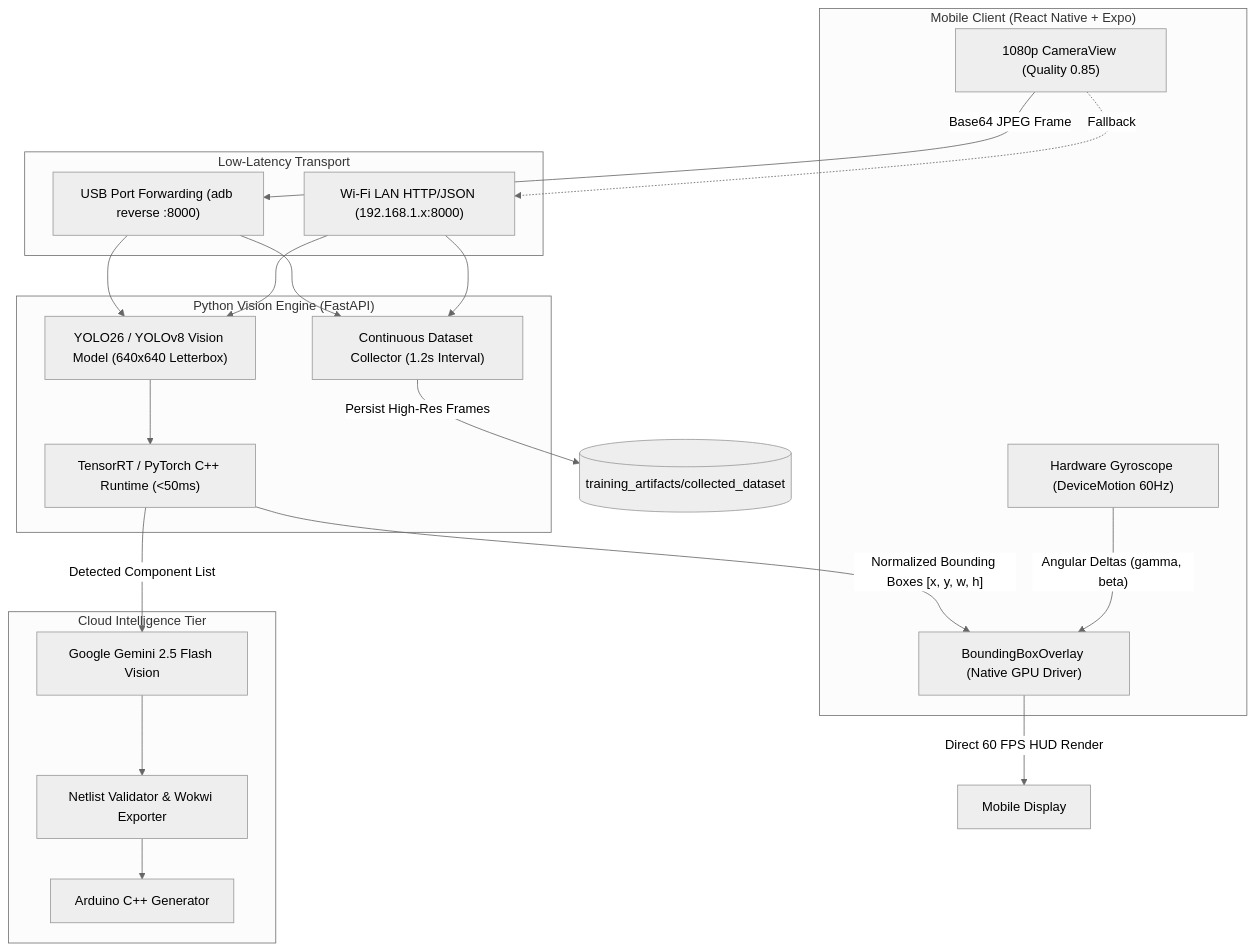
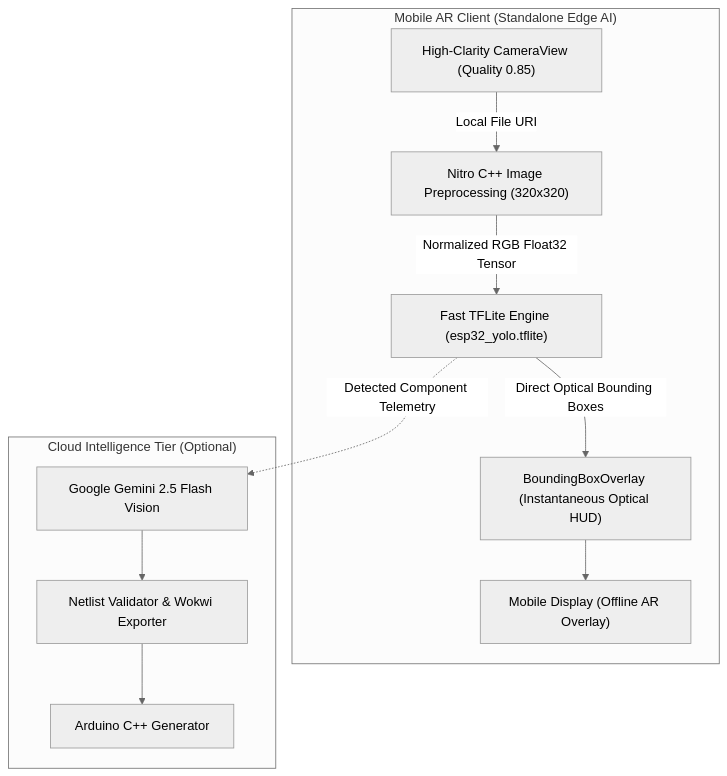
Before and after one commit to Codewith-Yogita/Blinky-AI-Circuit-IOT-Studio: the diagram in docs/ai_architecture.md, drawn with Mermaid (neutral theme). The commit also changed other lines of this file and 9 other files, not shown here.

First line of the commit message:
feat(mobile): add 100% offline on-device TFLite inference and remove gyroscope tracking

````diff
--- a/docs/ai_architecture.md
+++ b/docs/ai_architecture.md
@@ -17,42 +17,25 @@
 ```mermaid
 flowchart TD
-    subgraph MobileDevice["Mobile Client (React Native + Expo)"]
-        Camera["1080p CameraView (Quality 0.85)"]
-        IMU["Hardware Gyroscope (DeviceMotion 60Hz)"]
-        Overlay["BoundingBoxOverlay (Native GPU Driver)"]
+    subgraph MobileDevice["Mobile AR Client (Standalone Edge AI)"]
+        Camera["High-Clarity CameraView (Quality 0.85)"]
+        NitroImage["Nitro C++ Image Preprocessing (320x320)"]
+        EdgeTFLite["Fast TFLite Engine (esp32_yolo.tflite)"]
+        Overlay["BoundingBoxOverlay (Instantaneous Optical HUD)"]
+        Screen["Mobile Display (Offline AR Overlay)"]
     end
 
-    subgraph Network["Low-Latency Transport"]
-        USB["USB Port Forwarding (adb reverse :8000)"]
-        LAN["Wi-Fi LAN HTTP/JSON (192.168.1.x:8000)"]
-    end
+    Camera -->|"Local File URI"| NitroImage
+    NitroImage -->|"Normalized RGB Float32 Tensor"| EdgeTFLite
+    EdgeTFLite -->|"Direct Optical Bounding Boxes"| Overlay
+    Overlay --> Screen
 
-    subgraph BackendEngine["Python Vision Engine (FastAPI)"]
-        Collector["Continuous Dataset Collector (1.2s Interval)"]
-        YOLO["YOLO26 / YOLOv8 Vision Model (640x640 Letterbox)"]
-        Inference["TensorRT / PyTorch C++ Runtime (<50ms)"]
-    end
-
-    subgraph DeepSynthesis["Cloud Intelligence Tier"]
+    subgraph DeepSynthesis["Cloud Intelligence Tier (Optional)"]
         Gemini["Google Gemini 2.5 Flash Vision"]
         Netlist["Netlist Validator & Wokwi Exporter"]
         Firmware["Arduino C++ Generator"]
     end
 
-    Camera -->|"Base64 JPEG Frame"| USB
-    Camera -.->|"Fallback"| LAN
-    USB --> Collector
-    LAN --> Collector
-    USB --> YOLO
-    LAN --> YOLO
-    Collector -->|"Persist High-Res Frames"| Disk[("training_artifacts/collected_dataset")]
-
-    YOLO --> Inference
-    Inference -->|"Normalized Bounding Boxes [x, y, w, h]"| Overlay
-    IMU -->|"Angular Deltas (gamma, beta)"| Overlay
-    Overlay -->|"Direct 60 FPS HUD Render"| Screen["Mobile Display"]
-
-    Inference -->|"Detected Component List"| Gemini
+    EdgeTFLite -.->|"Detected Component Telemetry"| Gemini
     Gemini --> Netlist
     Netlist --> Firmware
 ```
````
